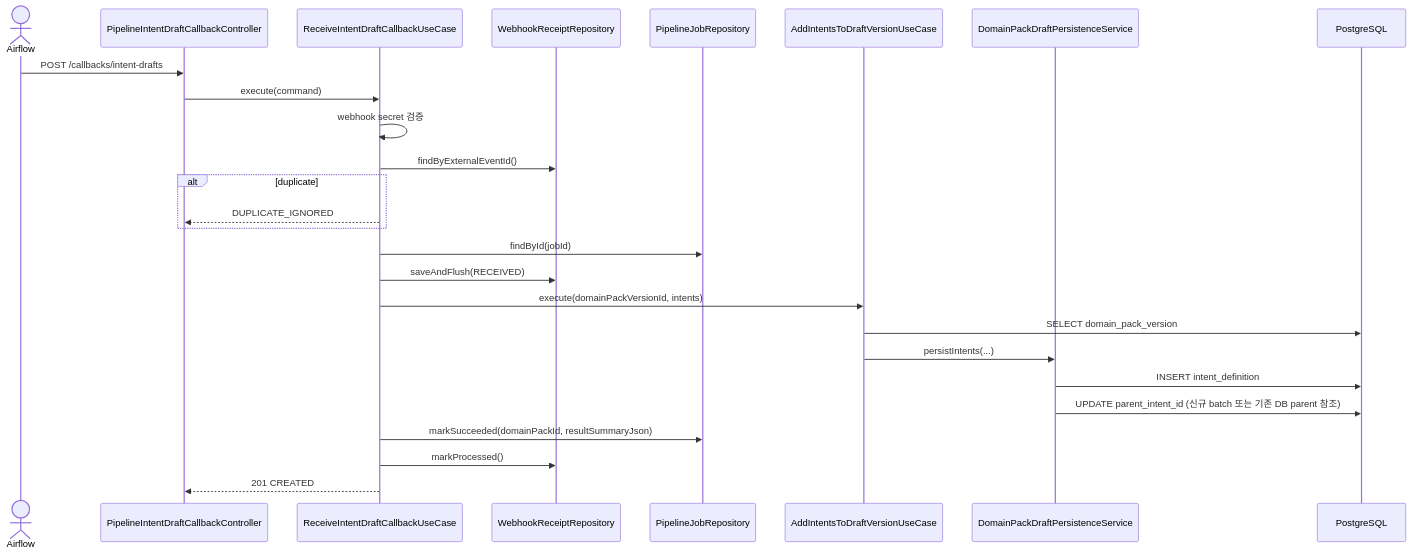
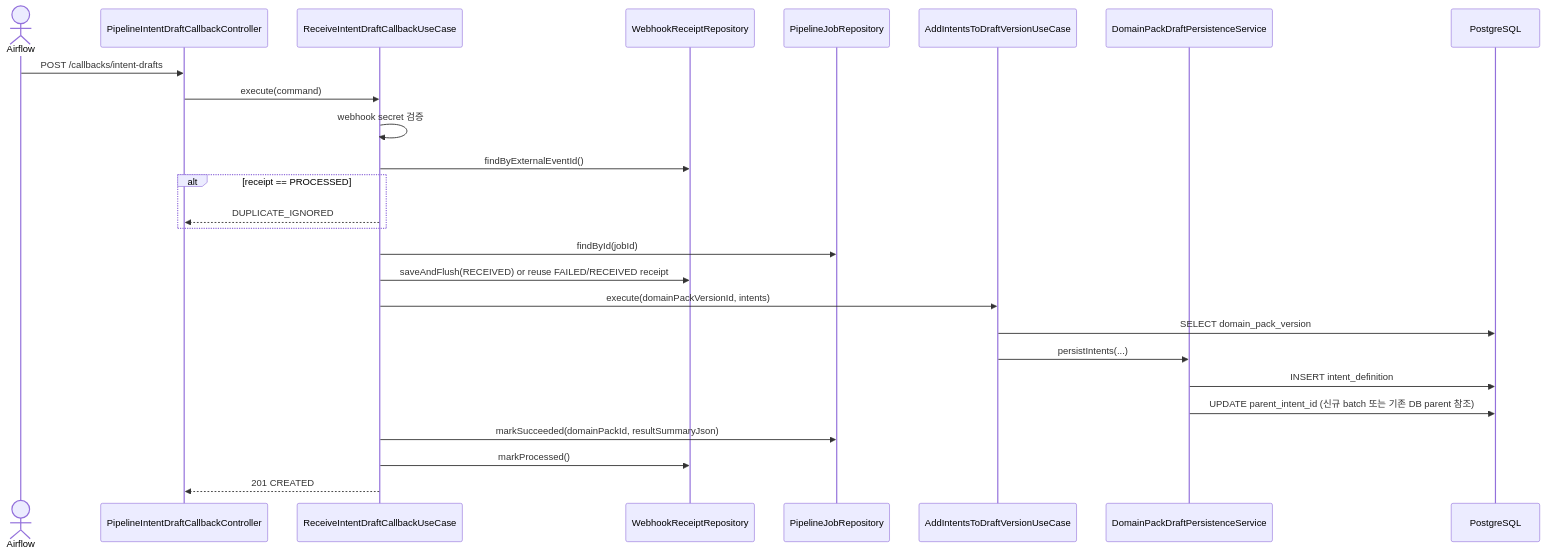
Before and after one commit to ajou-2026-1-capstone-5/ostone: the second of 3 diagrams in .agent/specs/213.md, drawn with Mermaid. The commit also changed other lines of this file and 21 other files, not shown here.

````diff
--- a/.agent/specs/213.md
+++ b/.agent/specs/213.md
@@ -268,29 +270,29 @@
 ```mermaid
 sequenceDiagram
     actor airflow as Airflow
     participant ctrl as PipelineIntentDraftCallbackController
     participant cb as ReceiveIntentDraftCallbackUseCase
     participant receiptRepo as WebhookReceiptRepository
     participant jobRepo as PipelineJobRepository
     participant addUc as AddIntentsToDraftVersionUseCase
     participant draftSvc as DomainPackDraftPersistenceService
     participant db as PostgreSQL
 
     airflow ->> ctrl: POST /callbacks/intent-drafts
     ctrl ->> cb: execute(command)
     cb ->> cb: webhook secret 검증
     cb ->> receiptRepo: findByExternalEventId()
-    alt duplicate
+    alt receipt == PROCESSED
         cb -->> ctrl: DUPLICATE_IGNORED
     end
     cb ->> jobRepo: findById(jobId)
-    cb ->> receiptRepo: saveAndFlush(RECEIVED)
+    cb ->> receiptRepo: saveAndFlush(RECEIVED) or reuse FAILED/RECEIVED receipt
     cb ->> addUc: execute(domainPackVersionId, intents)
     addUc ->> db: SELECT domain_pack_version
     addUc ->> draftSvc: persistIntents(...)
     draftSvc ->> db: INSERT intent_definition
     draftSvc ->> db: UPDATE parent_intent_id (신규 batch 또는 기존 DB parent 참조)
     cb ->> jobRepo: markSucceeded(domainPackId, resultSummaryJson)
     cb ->> receiptRepo: markProcessed()
     cb -->> ctrl: 201 CREATED
 ```
````
